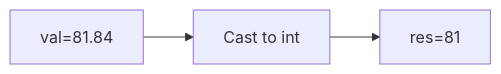
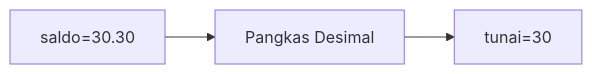
One commit to amnahwaida/OSNK_INF_PREP changed the fourth of 25 diagrams in part-c-pemahaman-cpp/01-tipe-data/latihan/set-04.md. Above: the diagram before and after it, drawn with Mermaid. The commit also changed other lines of this file and 71 other files, not shown here.

````diff
--- a/part-c-pemahaman-cpp/01-tipe-data/latihan/set-04.md
+++ b/part-c-pemahaman-cpp/01-tipe-data/latihan/set-04.md
@@ -102,5 +106,5 @@
 ```mermaid
 graph LR
-A["val=81.84"] --> B["Cast to int"]
-B --> C["res=81"]
+A["saldo=30.30"] --> B["Pangkas Desimal"]
+B --> C["tunai=30"]
 ```
````
